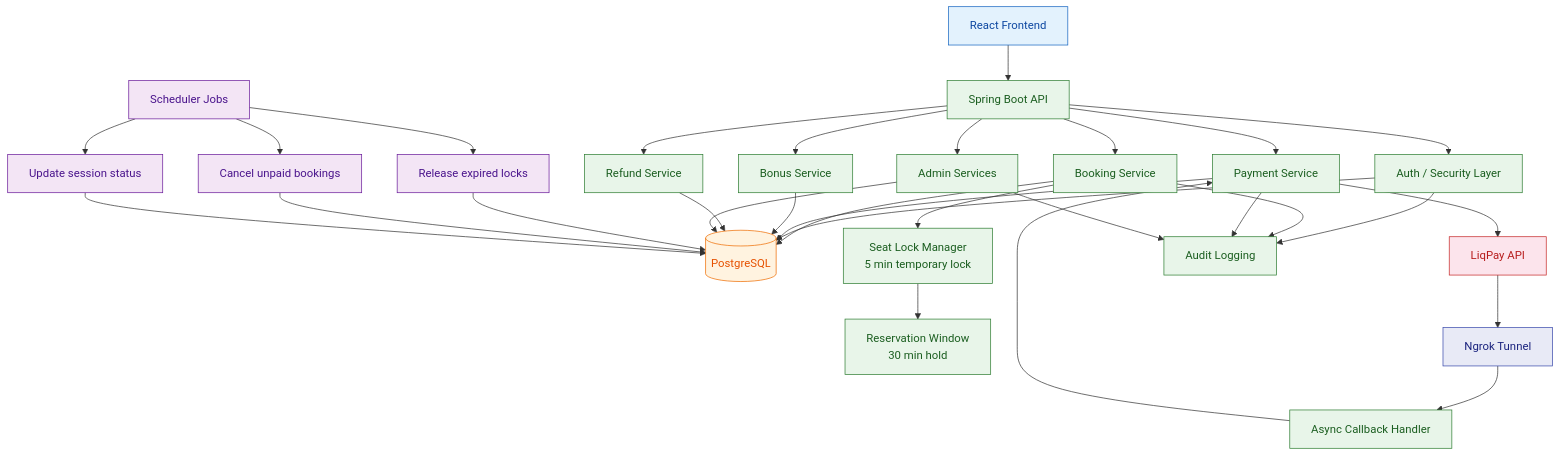
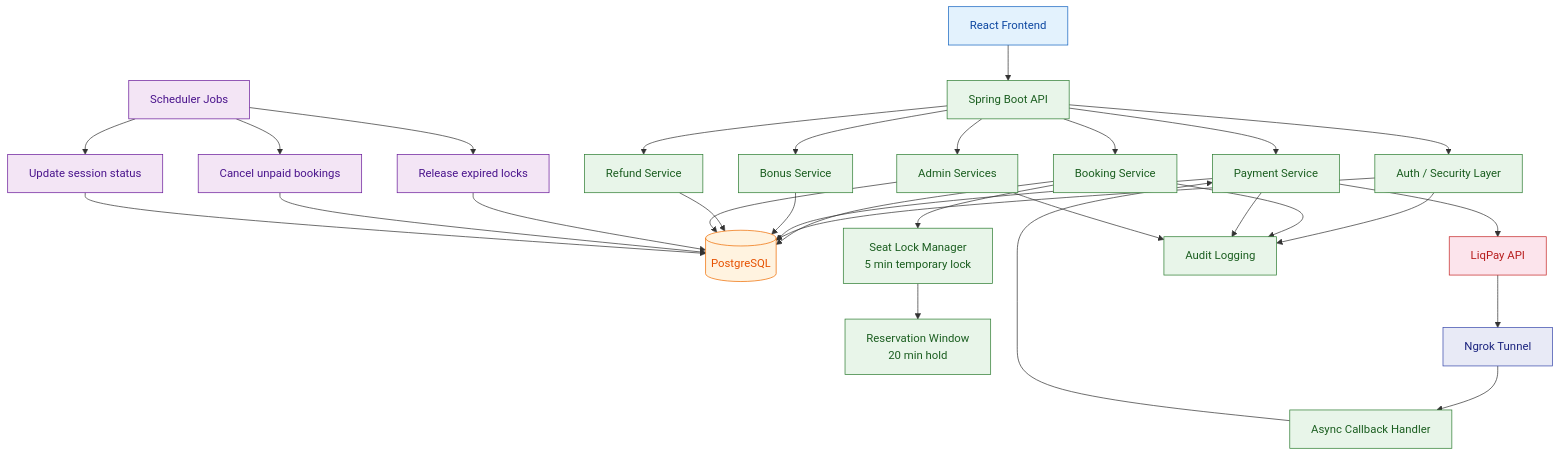
The first of 2 diagrams in README.md (AntonBas/Cinema), drawn with Mermaid before and after one commit. The commit also changed other lines of this file, not shown here.

````diff
--- a/README.md
+++ b/README.md
@@ -66,58 +69,58 @@
 ```mermaid
 flowchart TD
     %% Styles
     classDef client fill:#e3f2fd,stroke:#1565c0,color:#0d47a1
     classDef backend fill:#e8f5e9,stroke:#2e7d32,color:#1b5e20
     classDef db fill:#fff3e0,stroke:#ef6c00,color:#e65100
     classDef external fill:#fce4ec,stroke:#c62828,color:#b71c1c
     classDef scheduler fill:#f3e5f5,stroke:#6a1b9a,color:#4a148c
     classDef tunnel fill:#e8eaf6,stroke:#3949ab,color:#1a237e
 
     %% ========== CLIENT ==========
     A[React Frontend]:::client
 
     %% ========== BACKEND ==========
     A --> B[Spring Boot API]:::backend
 
     B --> C[Auth / Security Layer]:::backend
     B --> D[Booking Service]:::backend
     B --> E[Payment Service]:::backend
     B --> F[Bonus Service]:::backend
     B --> G[Refund Service]:::backend
     B --> H[Admin Services]:::backend
 
     %% ========== DATABASE ==========
     C --> DB[(PostgreSQL)]:::db
     D --> DB
     E --> DB
     F --> DB
     G --> DB
     H --> DB
 
     %% ========== CONCURRENCY FLOW ==========
     D --> L[Seat Lock Manager<br/>5 min temporary lock]:::backend
-    L --> R[Reservation Window<br/>30 min hold]:::backend
+    L --> R[Reservation Window<br/>20 min hold]:::backend
 
     %% ========== PAYMENT FLOW ==========
     E --> P[LiqPay API]:::external
     P --> N[Ngrok Tunnel]:::tunnel
     N --> CB[Async Callback Handler]:::backend
     CB --> E
 
     %% ========== SCHEDULER ==========
     S[Scheduler Jobs]:::scheduler
 
     S --> SL[Release expired locks]:::scheduler
     S --> SB[Cancel unpaid bookings]:::scheduler
     S --> SS[Update session status]:::scheduler
 
     SL --> DB
     SB --> DB
     SS --> DB
 
     %% ========== CROSS-CUTTING ==========
     C --> AUDIT[Audit Logging]:::backend
     D --> AUDIT
     E --> AUDIT
     H --> AUDIT
 ```
````
